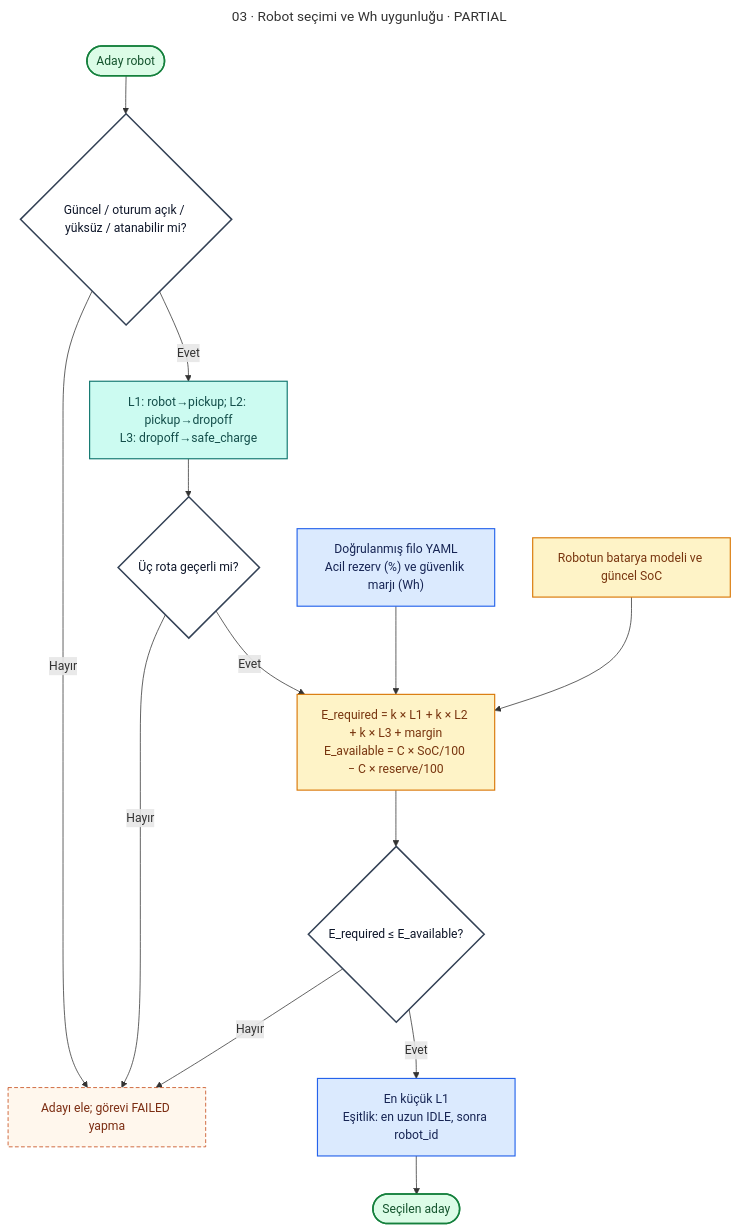
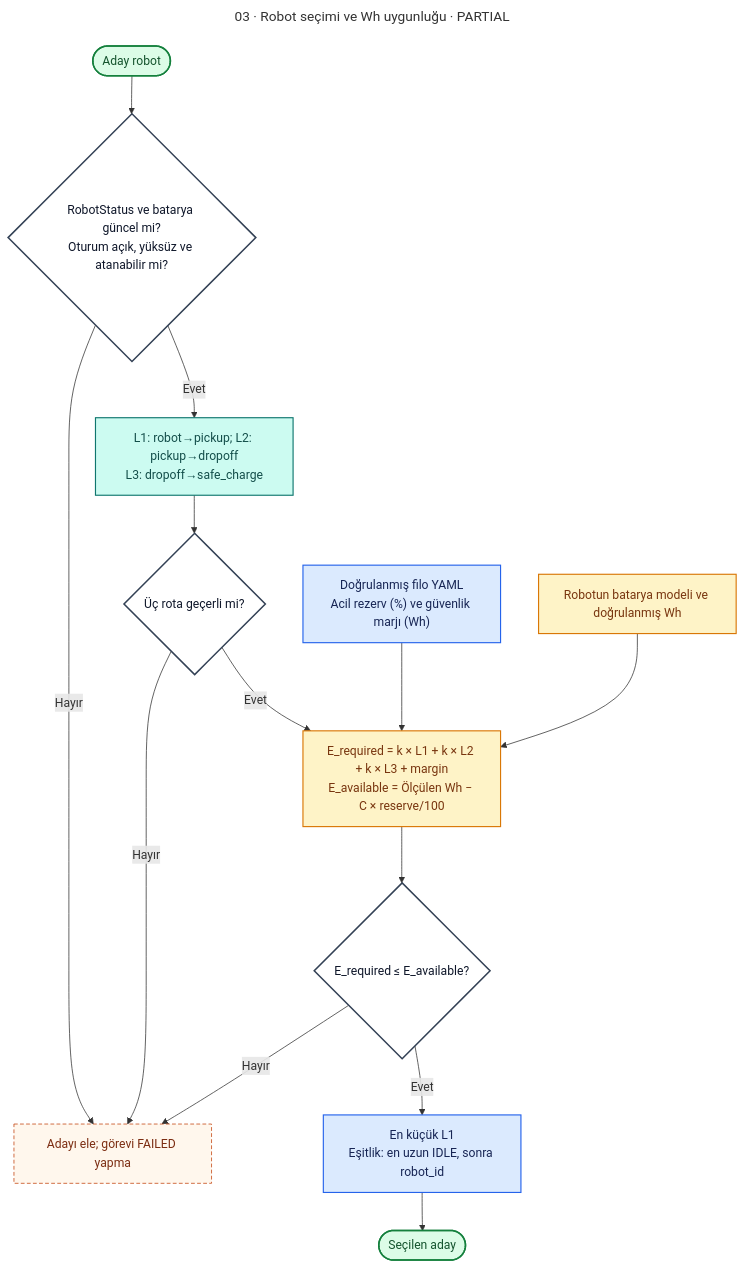
Before and after one commit to m-gnr/ros2-fleet-manager: the third of 18 diagrams in docs/diagrams/README.md, drawn with Mermaid. The commit also changed other lines of this file and 48 other files, not shown here.

````diff
--- a/docs/diagrams/README.md
+++ b/docs/diagrams/README.md
@@ -191,29 +191,29 @@
 ```mermaid
 ---
 title: "03 · Robot seçimi ve Wh uygunluğu · PARTIAL"
 ---
 flowchart TD
- A(["Aday robot"]):::terminal --> F{"Güncel / oturum açık / yüksüz / atanabilir mi?"}:::decision
+ A(["Aday robot"]):::terminal --> F{"RobotStatus ve batarya güncel mi?<br/>Oturum açık, yüksüz ve atanabilir mi?"}:::decision
  F -->|"Hayır"| NO["Adayı ele; görevi FAILED yapma"]:::wait
  F -->|"Evet"| L["L1: robot→pickup; L2: pickup→dropoff<br/>L3: dropoff→safe_charge"]:::nav
  L --> R{"Üç rota geçerli mi?"}:::decision
  R -->|"Hayır"| NO
- R -->|"Evet"| EN["E_required = k × L1 + k × L2 + k × L3 + margin<br/>E_available = C × SoC/100 − C × reserve/100"]:::battery
+ R -->|"Evet"| EN["E_required = k × L1 + k × L2 + k × L3 + margin<br/>E_available = Ölçülen Wh − C × reserve/100"]:::battery
  P["Doğrulanmış filo YAML<br/>Acil rezerv (%) ve güvenlik marjı (Wh)"]:::fm --> EN
- B["Robotun batarya modeli ve güncel SoC"]:::battery --> EN
+ B["Robotun batarya modeli ve doğrulanmış Wh"]:::battery --> EN
  EN --> OK{"E_required ≤ E_available?"}:::decision
  OK -->|"Hayır"| NO
  OK -->|"Evet"| SORT["En küçük L1<br/>Eşitlik: en uzun IDLE, sonra robot_id"]:::fm
  SORT --> OUT(["Seçilen aday"]):::terminal
 
  classDef fm fill:#dbeafe,stroke:#2563eb,color:#172554,stroke-width:1.5px;
  classDef executor fill:#ede9fe,stroke:#7c3aed,color:#2e1065,stroke-width:1.5px;
  classDef nav fill:#ccfbf1,stroke:#0f766e,color:#134e4a,stroke-width:1.5px;
  classDef battery fill:#fef3c7,stroke:#d97706,color:#78350f,stroke-width:1.5px;
  classDef db fill:#e2e8f0,stroke:#475569,color:#0f172a,stroke-width:1.5px;
  classDef ui fill:#fce7f3,stroke:#be185d,color:#831843,stroke-width:1.5px;
  classDef decision fill:#fff,stroke:#334155,color:#0f172a,stroke-width:2px;
  classDef error fill:#fee2e2,stroke:#dc2626,color:#7f1d1d,stroke-width:2px;
  classDef wait fill:#fff7ed,stroke:#c2410c,color:#7c2d12,stroke-dasharray:5 3;
  classDef terminal fill:#dcfce7,stroke:#15803d,color:#14532d,stroke-width:2px;
 ```
````
